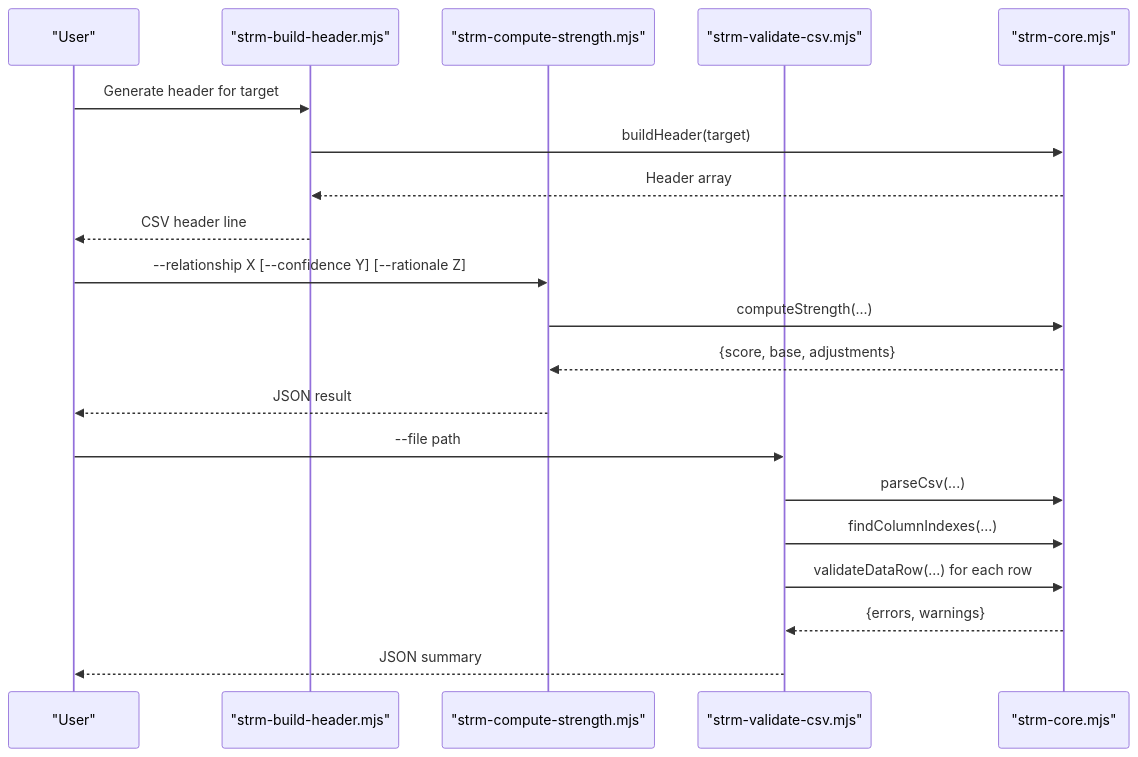
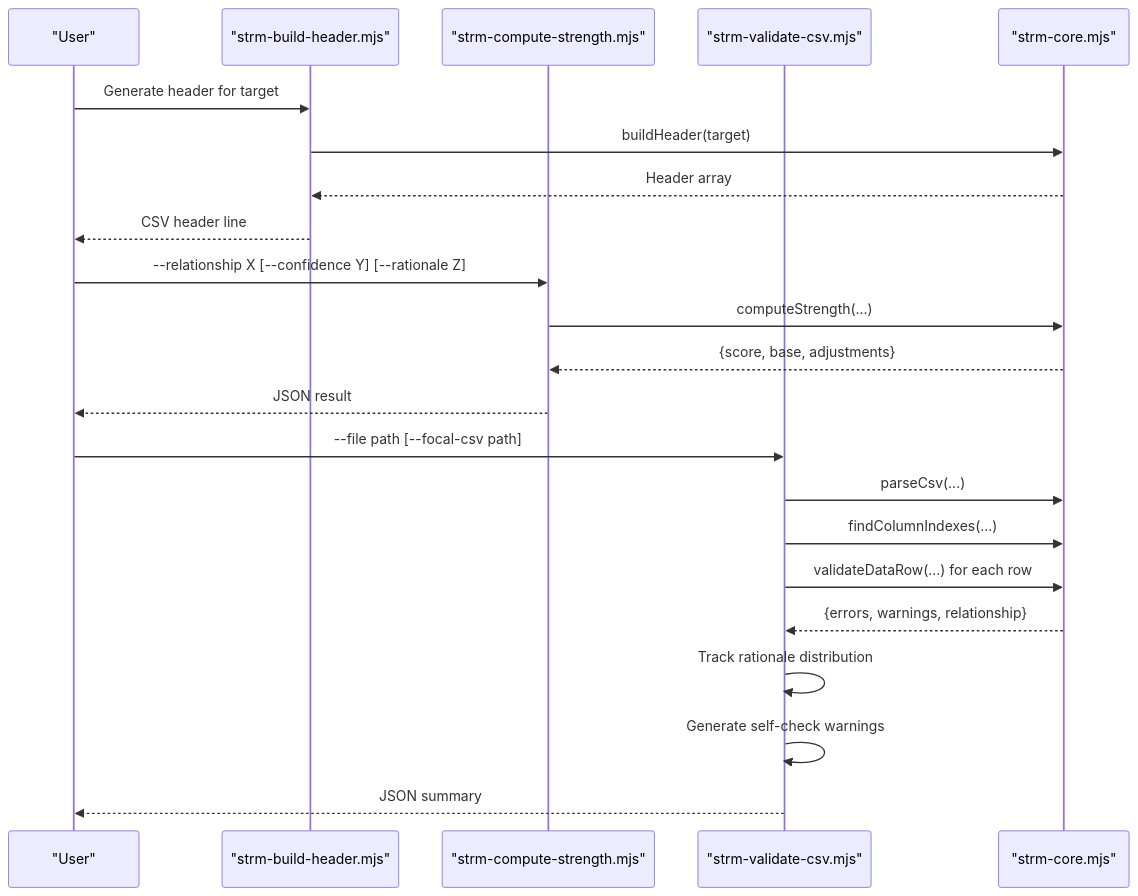
The seventh of 8 diagrams in .qoder/repowiki/en/content/Core Processing Engine and Algorithms/CSV Processing and Validation.md (austinsonger/GRC-Mapping-Analyst), drawn with Mermaid before and after one commit. The commit also changed other lines of this file and 4 other files, not shown here.

````diff
--- a/.qoder/repowiki/en/content/Core Processing Engine and Algorithms/CSV Processing and Validation.md
+++ b/.qoder/repowiki/en/content/Core Processing Engine and Algorithms/CSV Processing and Validation.md
@@ -219,22 +267,24 @@
 ```mermaid
 sequenceDiagram
 participant User as "User"
 participant Build as "strm-build-header.mjs"
 participant Compute as "strm-compute-strength.mjs"
 participant Validate as "strm-validate-csv.mjs"
 participant Core as "strm-core.mjs"
 User->>Build : Generate header for target
 Build->>Core : buildHeader(target)
 Core-->>Build : Header array
 Build-->>User : CSV header line
 User->>Compute : --relationship X [--confidence Y] [--rationale Z]
 Compute->>Core : computeStrength(...)
 Core-->>Compute : {score, base, adjustments}
 Compute-->>User : JSON result
-User->>Validate : --file path
+User->>Validate : --file path [--focal-csv path]
 Validate->>Core : parseCsv(...)
 Validate->>Core : findColumnIndexes(...)
 Validate->>Core : validateDataRow(...) for each row
-Core-->>Validate : {errors, warnings}
+Core-->>Validate : {errors, warnings, relationship}
+Validate->>Validate : Track rationale distribution
+Validate->>Validate : Generate self-check warnings
 Validate-->>User : JSON summary
 ```
````
